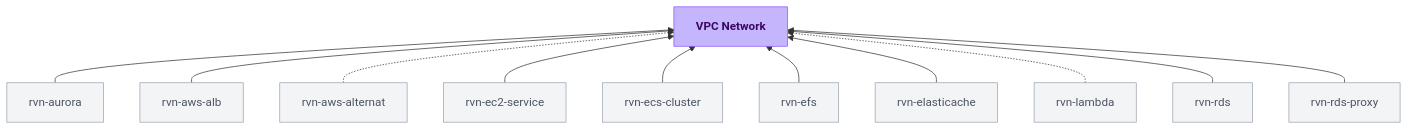
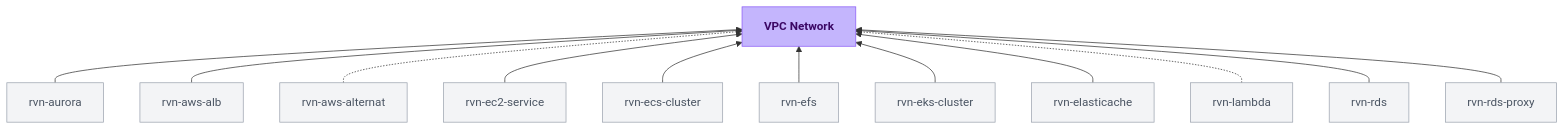
The diagram in module-definitions/catalog/rvn-aws-network.mdx (ravionhq/docs), drawn with Mermaid before and after one commit. The commit also changed 23 other files, not shown here.

Commit message:
chore: sync module catalog docs

````diff
--- a/module-definitions/catalog/rvn-aws-network.mdx
+++ b/module-definitions/catalog/rvn-aws-network.mdx
@@ -16,32 +16,34 @@
 ```mermaid
 flowchart BT
   rvn_aurora["rvn-aurora"] --> rvn_aws_network["<strong>VPC Network</strong>"]
   rvn_aws_alb["rvn-aws-alb"] --> rvn_aws_network
   rvn_aws_alternat["rvn-aws-alternat"] -.-> rvn_aws_network
   rvn_ec2_service["rvn-ec2-service"] --> rvn_aws_network
   rvn_ecs_cluster["rvn-ecs-cluster"] --> rvn_aws_network
   rvn_efs["rvn-efs"] --> rvn_aws_network
+  rvn_eks_cluster["rvn-eks-cluster"] --> rvn_aws_network
   rvn_elasticache["rvn-elasticache"] --> rvn_aws_network
   rvn_lambda["rvn-lambda"] -.-> rvn_aws_network
   rvn_rds["rvn-rds"] --> rvn_aws_network
   rvn_rds_proxy["rvn-rds-proxy"] --> rvn_aws_network
 
   class rvn_aws_network current
-  class rvn_aurora,rvn_aws_alb,rvn_aws_alternat,rvn_ec2_service,rvn_ecs_cluster,rvn_efs,rvn_elasticache,rvn_lambda,rvn_rds,rvn_rds_proxy consumer
+  class rvn_aurora,rvn_aws_alb,rvn_aws_alternat,rvn_ec2_service,rvn_ecs_cluster,rvn_efs,rvn_eks_cluster,rvn_elasticache,rvn_lambda,rvn_rds,rvn_rds_proxy consumer
 
   classDef current fill:#C4B5FD,stroke:#8B5CF6,color:#3B0764
   classDef dependency fill:#FAF8FF,stroke:#DDD6FE,color:#6D28D9
   classDef consumer fill:#F3F4F6,stroke:#9CA3AF,color:#4B5563
   classDef upstream fill:#F8FAFC,stroke:#CBD5E1,color:#94A3B8
 
   click rvn_aurora "/module-definitions/catalog/rvn-aurora" "Open rvn-aurora docs"
   click rvn_aws_alb "/module-definitions/catalog/rvn-aws-alb" "Open rvn-aws-alb docs"
   click rvn_aws_alternat "/module-definitions/catalog/rvn-aws-alternat" "Open rvn-aws-alternat docs"
   click rvn_ec2_service "/module-definitions/catalog/rvn-ec2-service" "Open rvn-ec2-service docs"
   click rvn_ecs_cluster "/module-definitions/catalog/rvn-ecs-cluster" "Open rvn-ecs-cluster docs"
   click rvn_efs "/module-definitions/catalog/rvn-efs" "Open rvn-efs docs"
+  click rvn_eks_cluster "/module-definitions/catalog/rvn-eks-cluster" "Open rvn-eks-cluster docs"
   click rvn_elasticache "/module-definitions/catalog/rvn-elasticache" "Open rvn-elasticache docs"
   click rvn_lambda "/module-definitions/catalog/rvn-lambda" "Open rvn-lambda docs"
   click rvn_rds "/module-definitions/catalog/rvn-rds" "Open rvn-rds docs"
   click rvn_rds_proxy "/module-definitions/catalog/rvn-rds-proxy" "Open rvn-rds-proxy docs"
 ```
````
